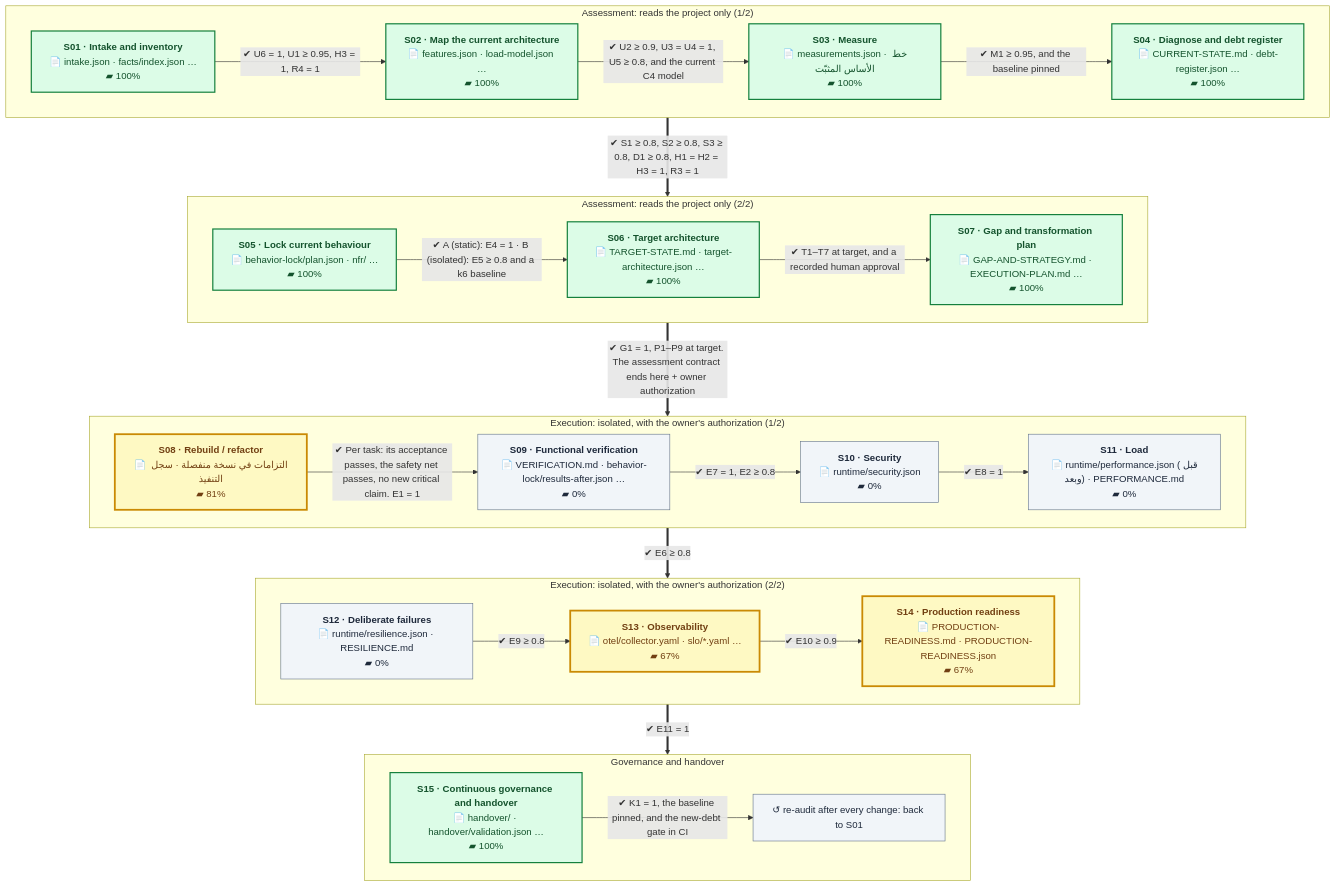
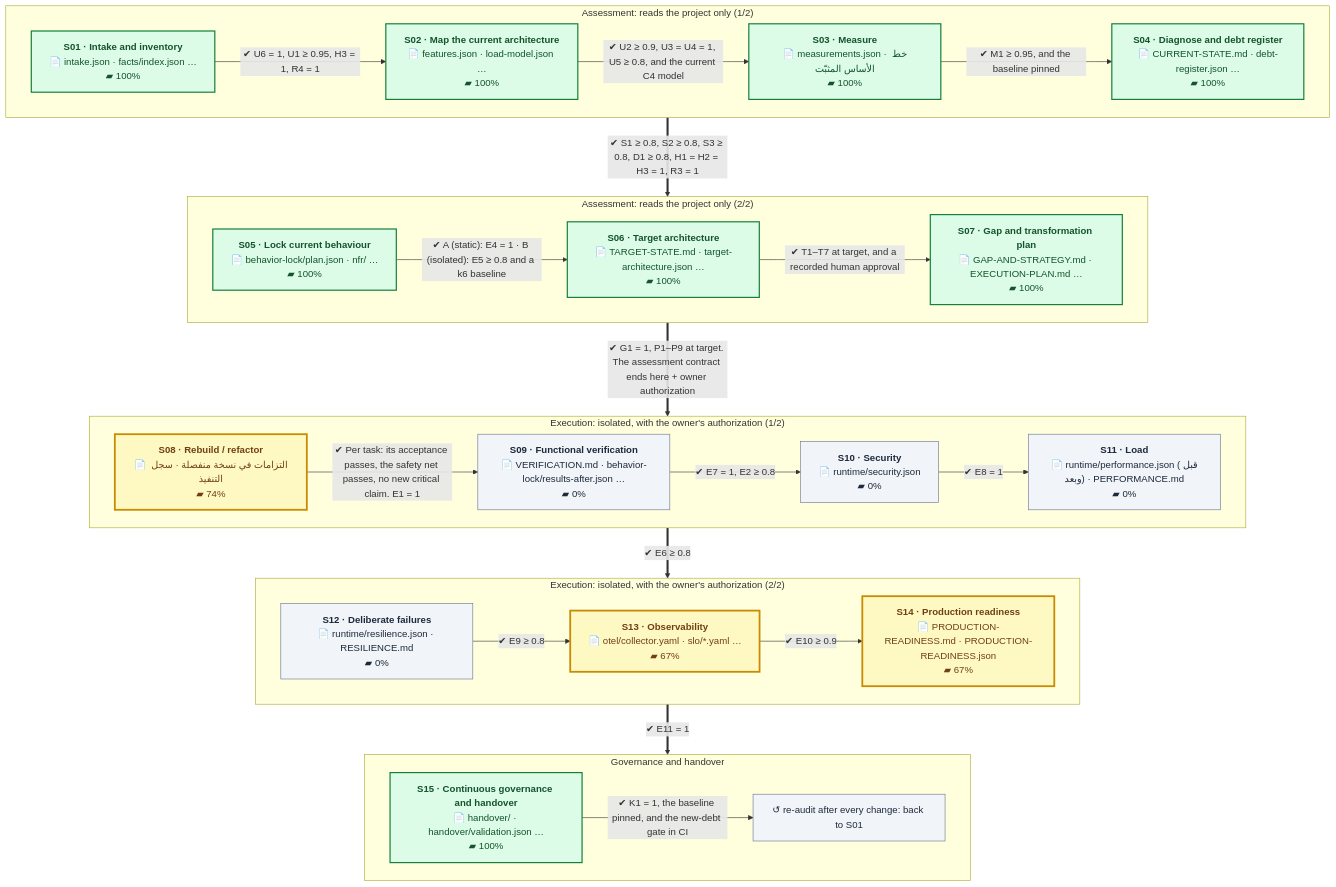
One commit to eom1417/engineering-audit-os changed the first of 2 diagrams in README.en.md. Above: the diagram before and after it, drawn with Mermaid. The commit also changed other lines of this file and 4 other files, not shown here.

````diff
--- a/README.en.md
+++ b/README.en.md
@@ -52,54 +52,54 @@
 ```mermaid
 %%{init: {'flowchart': {'wrappingWidth': 260, 'nodeSpacing': 40, 'rankSpacing': 60}}}%%
 flowchart TB
     subgraph P1["Assessment: reads the project only (1/2)"]
         direction LR
         S01["<b>S01 · Intake and inventory</b><br/>📄 intake.json · facts/index.json …<br/>▰ 100%"]:::done
         S02["<b>S02 · Map the current architecture</b><br/>📄 features.json · load-model.json …<br/>▰ 100%"]:::done
         S03["<b>S03 · Measure</b><br/>📄 measurements.json · خط الأساس المثبّت<br/>▰ 100%"]:::done
         S04["<b>S04 · Diagnose and debt register</b><br/>📄 CURRENT-STATE.md · debt-register.json …<br/>▰ 100%"]:::done
         S01 -->|"✔ U6 = 1, U1 ≥ 0.95, H3 = 1, R4 = 1"| S02
         S02 -->|"✔ U2 ≥ 0.9, U3 = U4 = 1, U5 ≥ 0.8, and the current C4 model"| S03
         S03 -->|"✔ M1 ≥ 0.95, and the baseline pinned"| S04
     end
     subgraph P2["Assessment: reads the project only (2/2)"]
         direction LR
         S05["<b>S05 · Lock current behaviour</b><br/>📄 behavior-lock/plan.json · nfr/ …<br/>▰ 100%"]:::done
         S06["<b>S06 · Target architecture</b><br/>📄 TARGET-STATE.md · target-architecture.json …<br/>▰ 100%"]:::done
         S07["<b>S07 · Gap and transformation plan</b><br/>📄 GAP-AND-STRATEGY.md · EXECUTION-PLAN.md …<br/>▰ 100%"]:::done
         S05 -->|"✔ A (static): E4 = 1 · B (isolated): E5 ≥ 0.8 and a k6 baseline"| S06
         S06 -->|"✔ T1–T7 at target, and a recorded human approval"| S07
     end
     subgraph P3["Execution: isolated, with the owner's authorization (1/2)"]
         direction LR
-        S08["<b>S08 · Rebuild / refactor</b><br/>📄 التزامات في نسخة منفصلة · سجل التنفيذ<br/>▰ 81%"]:::current
+        S08["<b>S08 · Rebuild / refactor</b><br/>📄 التزامات في نسخة منفصلة · سجل التنفيذ<br/>▰ 74%"]:::current
         S09["<b>S09 · Functional verification</b><br/>📄 VERIFICATION.md · behavior-lock/results-after.json …<br/>▰ 0%"]:::next
         S10["<b>S10 · Security</b><br/>📄 runtime/security.json<br/>▰ 0%"]:::next
         S11["<b>S11 · Load</b><br/>📄 runtime/performance.json (قبل وبعد) · PERFORMANCE.md<br/>▰ 0%"]:::next
         S08 -->|"✔ Per task: its acceptance passes, the safety net passes, no new critical claim. E1 = 1"| S09
         S09 -->|"✔ E7 = 1, E2 ≥ 0.8"| S10
         S10 -->|"✔ E8 = 1"| S11
     end
     subgraph P4["Execution: isolated, with the owner's authorization (2/2)"]
         direction LR
         S12["<b>S12 · Deliberate failures</b><br/>📄 runtime/resilience.json · RESILIENCE.md<br/>▰ 0%"]:::next
         S13["<b>S13 · Observability</b><br/>📄 otel/collector.yaml · slo/*.yaml …<br/>▰ 67%"]:::current
         S14["<b>S14 · Production readiness</b><br/>📄 PRODUCTION-READINESS.md · PRODUCTION-READINESS.json<br/>▰ 67%"]:::current
         S12 -->|"✔ E9 ≥ 0.8"| S13
         S13 -->|"✔ E10 ≥ 0.9"| S14
     end
     subgraph P5["Governance and handover"]
         direction LR
         S15["<b>S15 · Continuous governance and handover</b><br/>📄 handover/ · handover/validation.json …<br/>▰ 100%"]:::done
         LOOP["↺ re-audit after every change: back to S01"]:::next
         S15 -->|"✔ K1 = 1, the baseline pinned, and the new-debt gate in CI"| LOOP
     end
     P1 ==>|"✔ S1 ≥ 0.8, S2 ≥ 0.8, S3 ≥ 0.8, D1 ≥ 0.8, H1 = H2 = H3 = 1, R3 = 1"| P2
     P2 ==>|"✔ G1 = 1, P1–P9 at target. The assessment contract ends here + owner authorization"| P3
     P3 ==>|"✔ E6 ≥ 0.8"| P4
     P4 ==>|"✔ E11 = 1"| P5
     classDef done fill:#dcfce7,stroke:#15803d,color:#14532d,stroke-width:2px
     classDef current fill:#fef9c3,stroke:#ca8a04,color:#713f12,stroke-width:3px
     classDef next fill:#f1f5f9,stroke:#64748b,color:#1e293b
     classDef owner fill:#fee2e2,stroke:#b91c1c,color:#7f1d1d,stroke-dasharray:5 3
 ```
````
